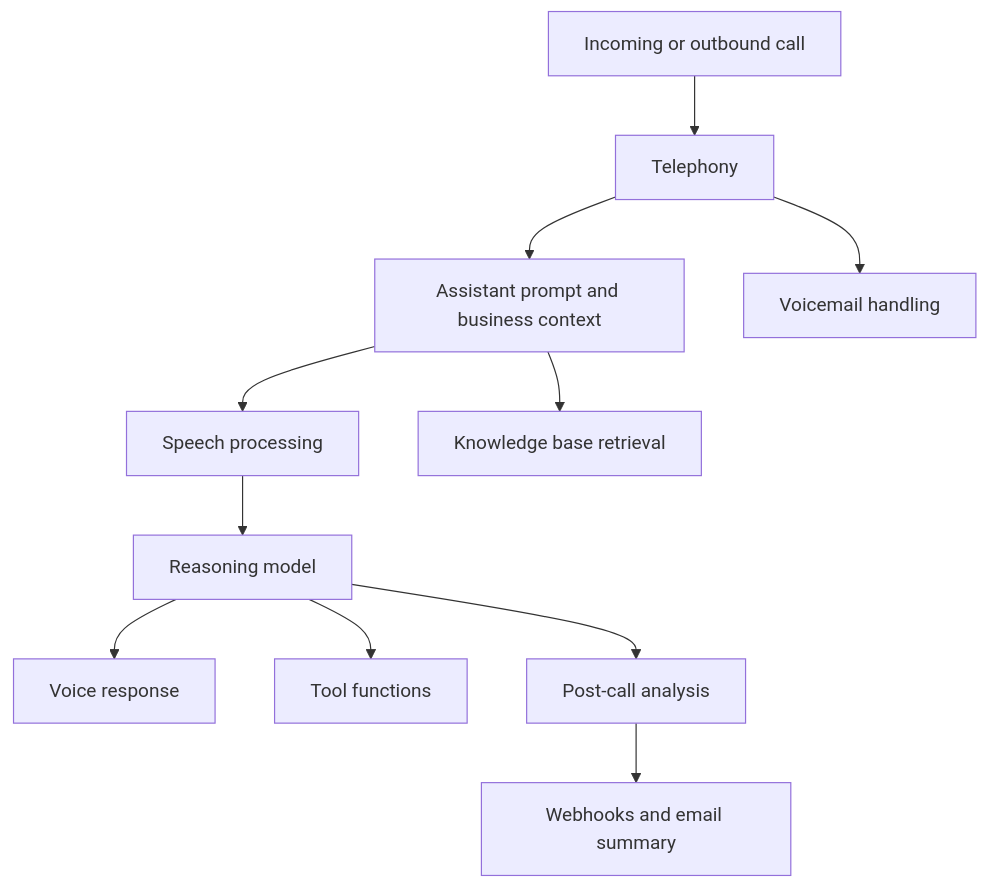
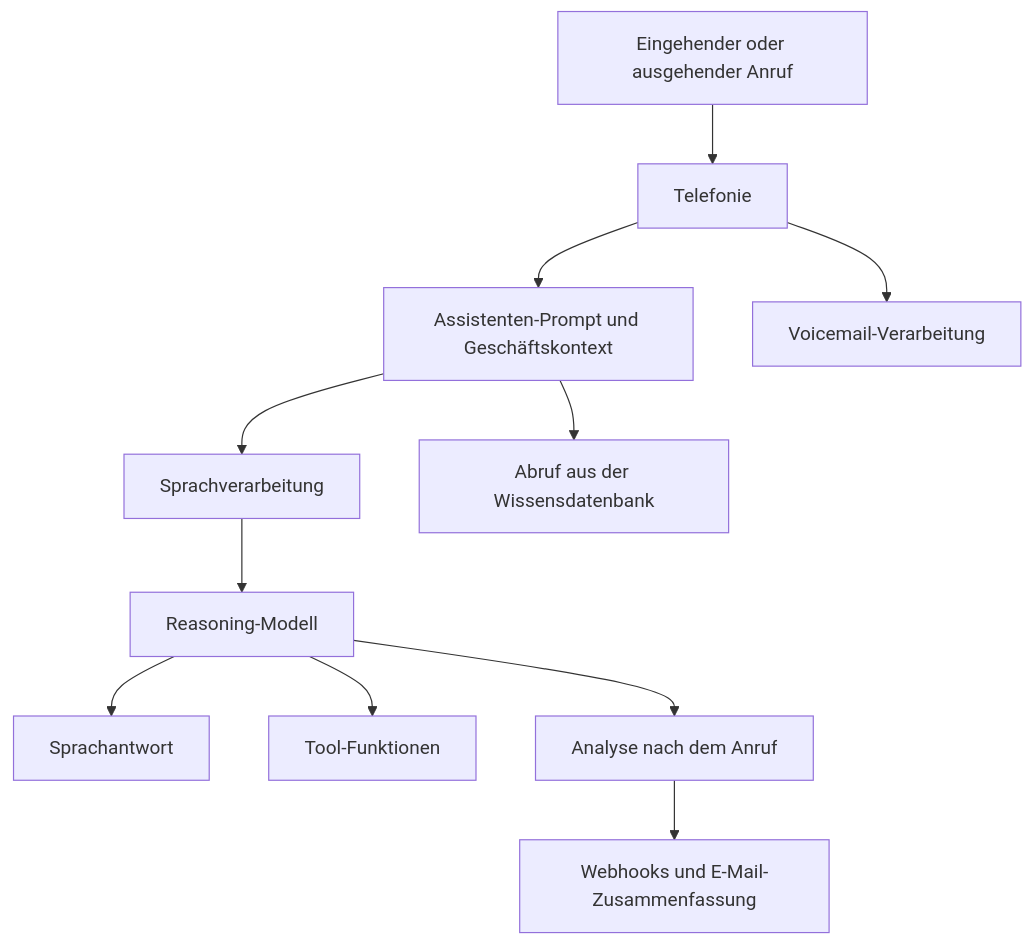
The diagram in de/assistants/overview.mdx (Talkturo/documentation-docs), drawn with Mermaid before and after one commit. The commit also changed other lines of this file and 24 other files, not shown here.

````diff
--- a/de/assistants/overview.mdx
+++ b/de/assistants/overview.mdx
@@ -162,13 +162,13 @@
 ```mermaid
 graph TD
-  A[Incoming or outbound call] --> B[Telephony]
-  B --> C[Assistant prompt and business context]
-  C --> D[Speech processing]
-  D --> E[Reasoning model]
-  E --> F[Voice response]
-  E --> G[Tool functions]
-  C --> H[Knowledge base retrieval]
-  B --> I[Voicemail handling]
-  E --> J[Post-call analysis]
-  J --> K[Webhooks and email summary]
+  A[Eingehender oder ausgehender Anruf] --> B[Telefonie]
+  B --> C[Assistenten-Prompt und Geschäftskontext]
+  C --> D[Sprachverarbeitung]
+  D --> E[Reasoning-Modell]
+  E --> F[Sprachantwort]
+  E --> G[Tool-Funktionen]
+  C --> H[Abruf aus der Wissensdatenbank]
+  B --> I[Voicemail-Verarbeitung]
+  E --> J[Analyse nach dem Anruf]
+  J --> K[Webhooks und E-Mail-Zusammenfassung]
 ```
````
